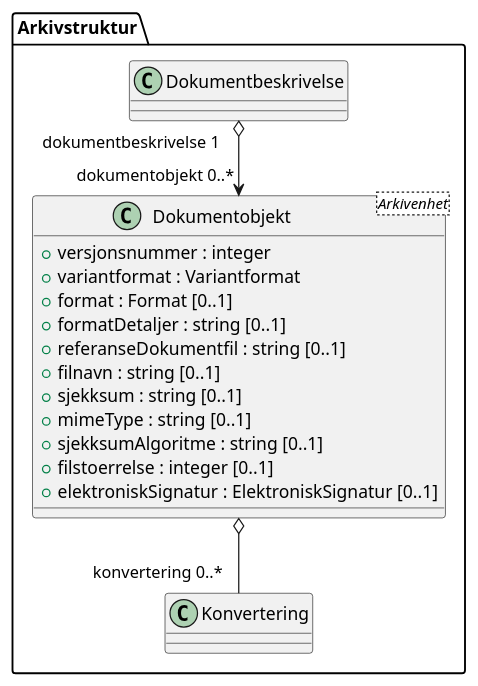
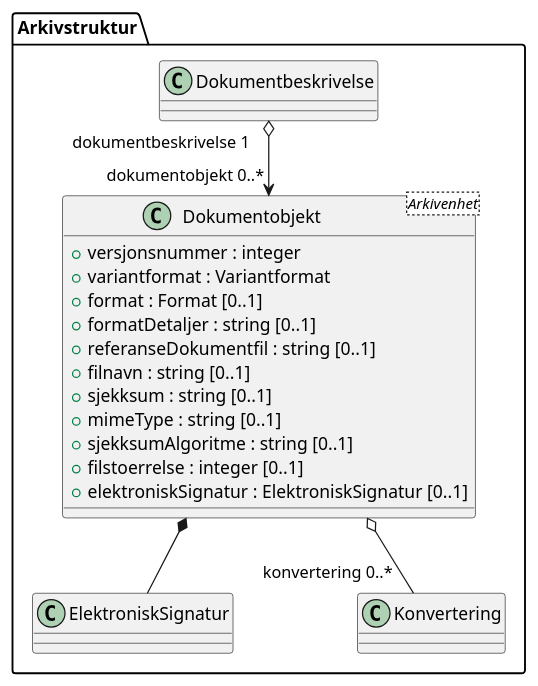
The diagram in kapitler/media/uml-class-dokumentobjekt.puml (arkivverket/noark5-tjenestegrensesnitt-standard), drawn with PlantUML before and after one commit. The commit also changed 12 other files, not shown here.

Commit message:
Oppdater UML-diagram med relasjon til innbakte entiteter.

```diff
--- a/kapitler/media/uml-class-dokumentobjekt.puml
+++ b/kapitler/media/uml-class-dokumentobjekt.puml
@@ -1,18 +1,19 @@
 @startuml
 skinparam nodesep 100
 class Arkivstruktur.Dokumentobjekt <Arkivenhet> {
   +versjonsnummer : integer
   +variantformat : Variantformat
   +format : Format [0..1]
   +formatDetaljer : string [0..1]
   +referanseDokumentfil : string [0..1]
   +filnavn : string [0..1]
   +sjekksum : string [0..1]
   +mimeType : string [0..1]
   +sjekksumAlgoritme : string [0..1]
   +filstoerrelse : integer [0..1]
   +elektroniskSignatur : ElektroniskSignatur [0..1]
 }
 Arkivstruktur.Dokumentbeskrivelse "dokumentbeskrivelse 1" o--> "dokumentobjekt 0..*" Arkivstruktur.Dokumentobjekt
+Arkivstruktur.Dokumentobjekt *-- Arkivstruktur.ElektroniskSignatur
 Arkivstruktur.Dokumentobjekt o-- "konvertering 0..*" Arkivstruktur.Konvertering
 @enduml
```
